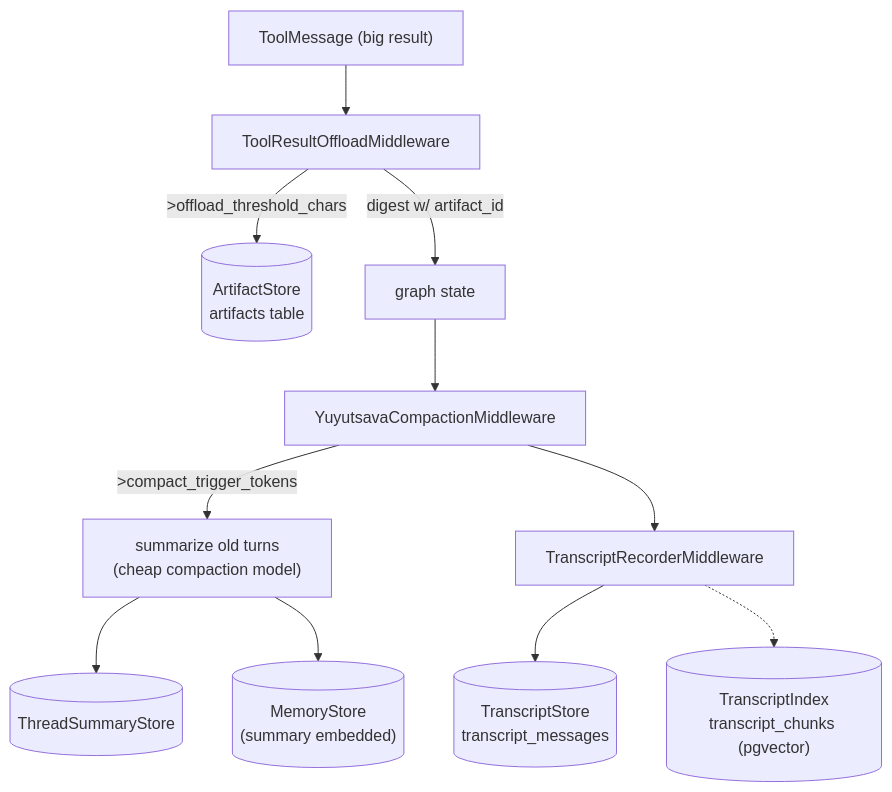
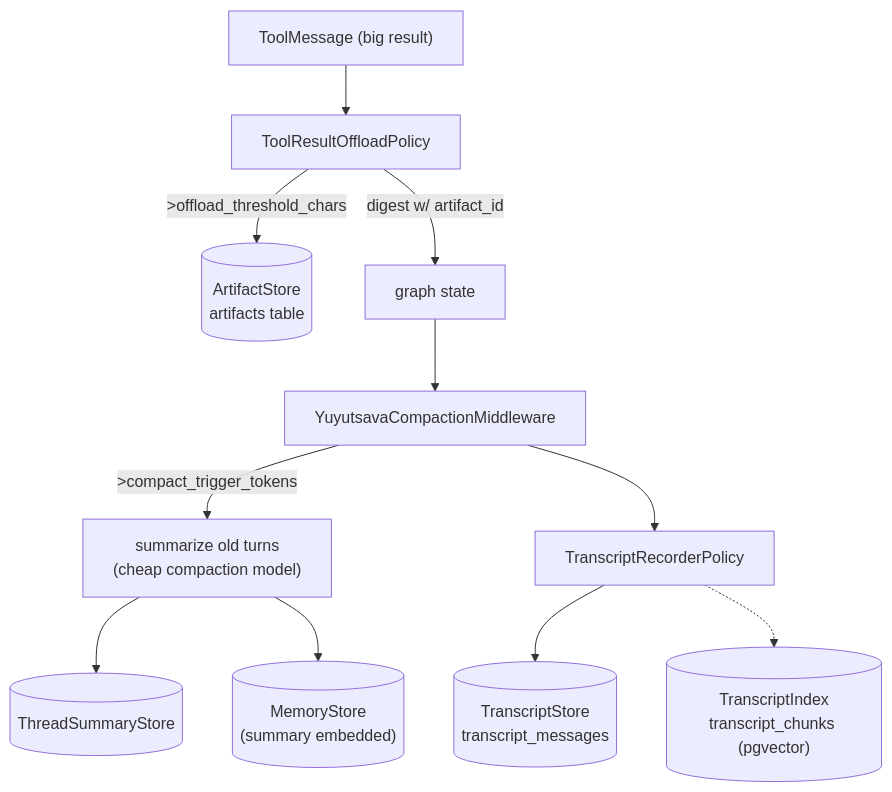
One commit to Abhinav210310453045/YUYUTSAVA-backend changed diagram 11 of 18 in Architecture.md. Above: the diagram before and after it, drawn with Mermaid. The commit also changed other lines of this file and 233 other files, not shown here.

````diff
--- a/Architecture.md
+++ b/Architecture.md
@@ -966,13 +1248,13 @@
 ```mermaid
 flowchart TD
-    Tool["ToolMessage (big result)"] --> Off["ToolResultOffloadMiddleware"]
+    Tool["ToolMessage (big result)"] --> Off["ToolResultOffloadPolicy"]
     Off -->|">offload_threshold_chars"| Art[("ArtifactStore<br/>artifacts table")]
     Off -->|digest w/ artifact_id| State["graph state"]
     State --> Comp["YuyutsavaCompactionMiddleware"]
     Comp -->|">compact_trigger_tokens"| Sum["summarize old turns<br/>(cheap compaction model)"]
     Sum --> SumStore[("ThreadSummaryStore")]
     Sum --> MemSink[("MemoryStore<br/>(summary embedded)")]
-    Comp --> Rec["TranscriptRecorderMiddleware"]
+    Comp --> Rec["TranscriptRecorderPolicy"]
     Rec --> TStore[("TranscriptStore<br/>transcript_messages")]
     Rec -.-> TIdx[("TranscriptIndex<br/>transcript_chunks (pgvector)")]
 ```
````
